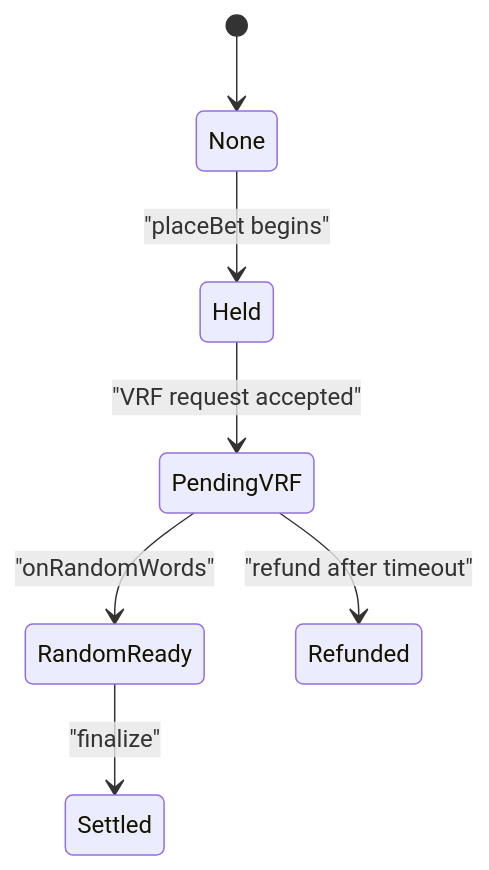
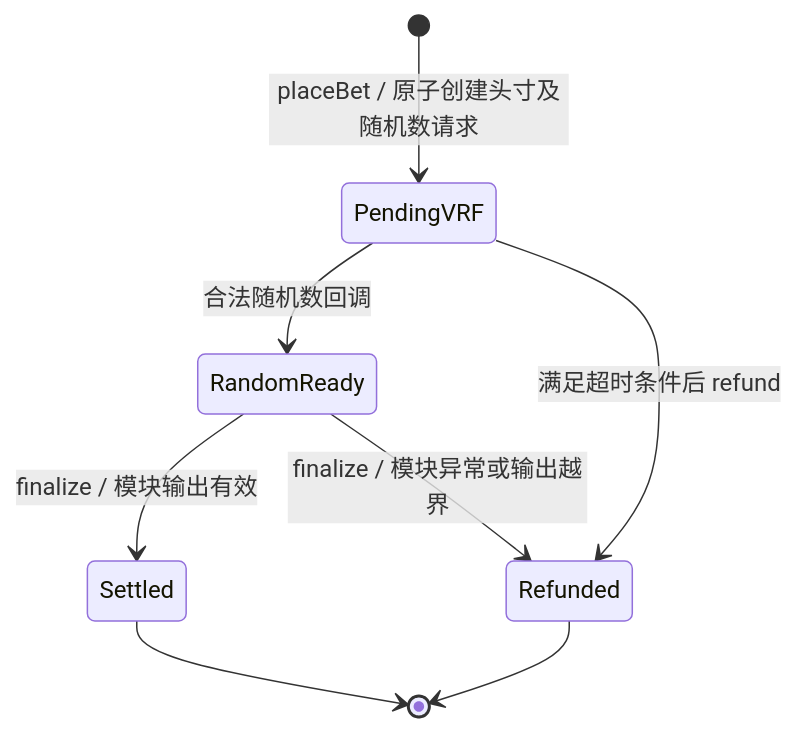
Before and after one commit to arbigamefi/ssot_BBOG: the second of 2 diagrams in docs/WHITEPAPER.zh-CN.md, drawn with Mermaid. The commit also changed other lines of this file and 16 other files, not shown here.

````diff
--- a/docs/WHITEPAPER.zh-CN.md
+++ b/docs/WHITEPAPER.zh-CN.md
@@ -322,9 +117,10 @@
 ```mermaid
 stateDiagram-v2
-    [*] --> None
-    None --> Held: "placeBet begins"
-    Held --> PendingVRF: "VRF request accepted"
-    PendingVRF --> RandomReady: "onRandomWords"
-    RandomReady --> Settled: "finalize"
-    PendingVRF --> Refunded: "refund after timeout"
+  [*] --> PendingVRF: placeBet / 原子创建头寸及随机数请求
+  PendingVRF --> RandomReady: 合法随机数回调
+  PendingVRF --> Refunded: 满足超时条件后 refund
+  RandomReady --> Settled: finalize / 模块输出有效
+  RandomReady --> Refunded: finalize / 模块异常或输出越界
+  Settled --> [*]
+  Refunded --> [*]
 ```
````
